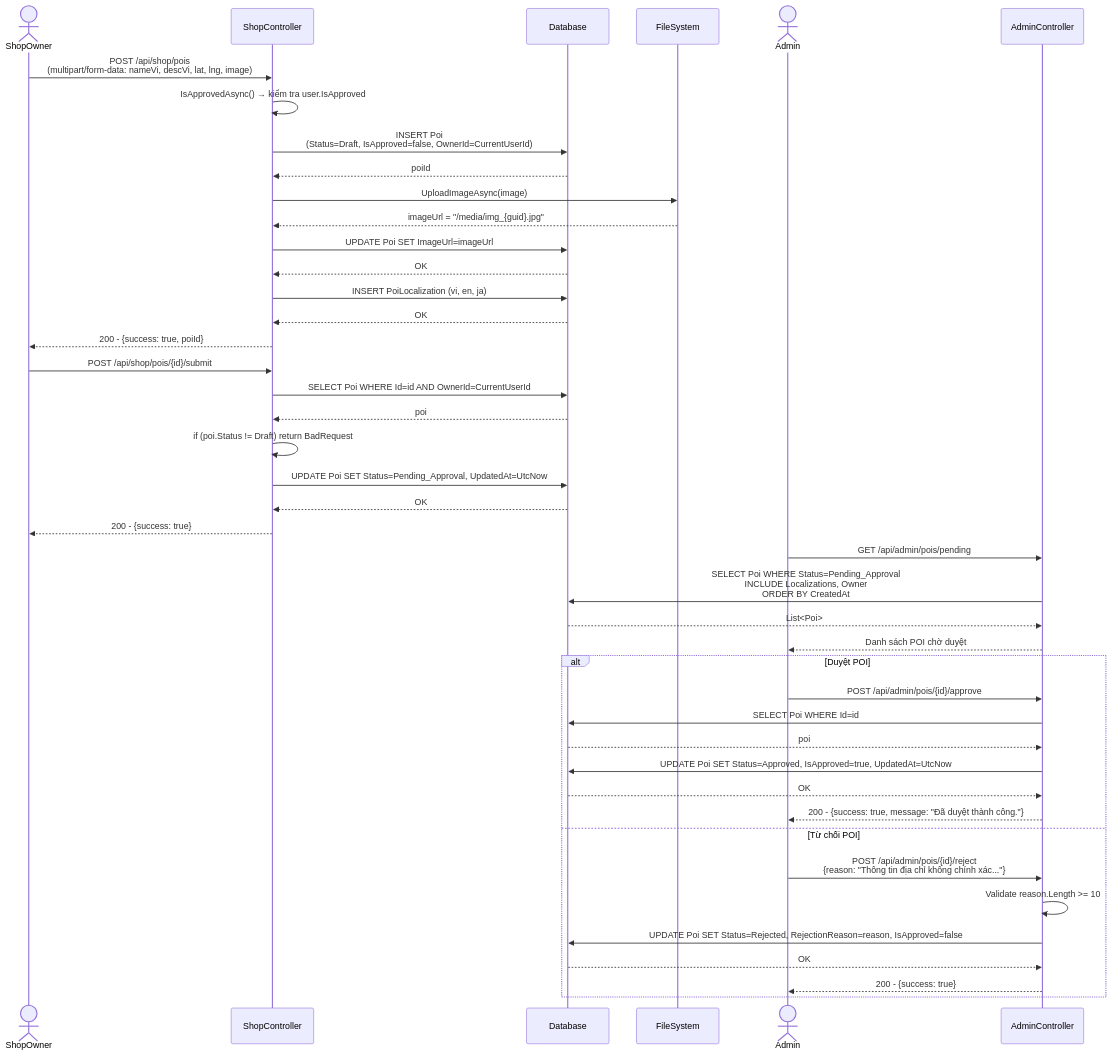
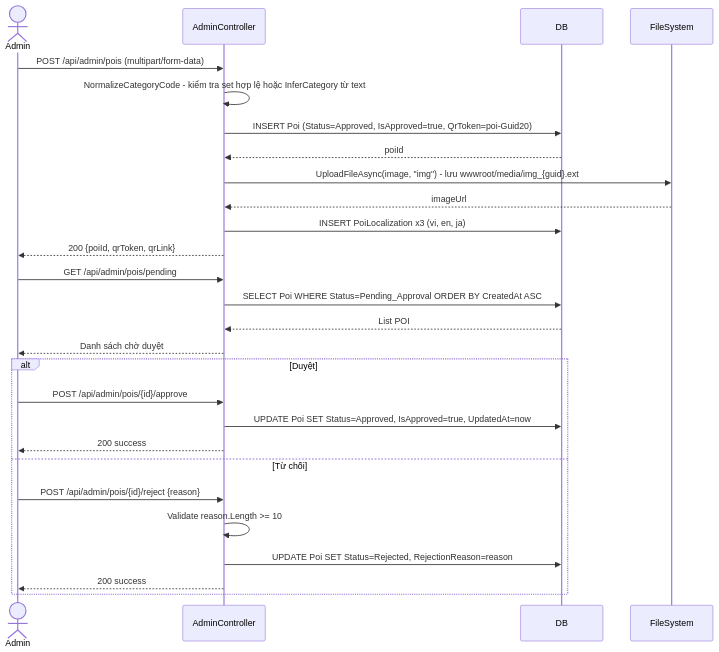
Before and after one commit to phamquyet47204/C-Sharp: the fifth of 16 diagrams in README.md, drawn with Mermaid. The commit also changed other lines of this file, not shown here.

````diff
--- a/README.md
+++ b/README.md
@@ -822,49 +469,32 @@
 ```mermaid
 sequenceDiagram
-  actor ShopOwner
-  participant ShopController
-  participant DB as Database
-  participant FileSystem
   actor Admin
   participant AdminController
+  participant DB
+  participant FileSystem
 
-  ShopOwner->>ShopController: POST /api/shop/pois<br/>(multipart/form-data: nameVi, descVi, lat, lng, image)
-  ShopController->>ShopController: IsApprovedAsync() → kiểm tra user.IsApproved
-  ShopController->>DB: INSERT Poi<br/>(Status=Draft, IsApproved=false, OwnerId=CurrentUserId)
-  DB-->>ShopController: poiId
-  ShopController->>FileSystem: UploadImageAsync(image)
-  FileSystem-->>ShopController: imageUrl = "/media/img_{guid}.jpg"
-  ShopController->>DB: UPDATE Poi SET ImageUrl=imageUrl
-  DB-->>ShopController: OK
-  ShopController->>DB: INSERT PoiLocalization (vi, en, ja)
-  DB-->>ShopController: OK
-  ShopController-->>ShopOwner: 200 - {success: true, poiId}
-
-  ShopOwner->>ShopController: POST /api/shop/pois/{id}/submit
-  ShopController->>DB: SELECT Poi WHERE Id=id AND OwnerId=CurrentUserId
-  DB-->>ShopController: poi
-  ShopController->>ShopController: if (poi.Status != Draft) return BadRequest
-  ShopController->>DB: UPDATE Poi SET Status=Pending_Approval, UpdatedAt=UtcNow
-  DB-->>ShopController: OK
-  ShopController-->>ShopOwner: 200 - {success: true}
+  Admin->>AdminController: POST /api/admin/pois (multipart/form-data)
+  AdminController->>AdminController: NormalizeCategoryCode - kiểm tra set hợp lệ hoặc InferCategory từ text
+  AdminController->>DB: INSERT Poi (Status=Approved, IsApproved=true, QrToken=poi-Guid20)
+  DB-->>AdminController: poiId
+  AdminController->>FileSystem: UploadFileAsync(image, "img") - lưu wwwroot/media/img_{guid}.ext
+  FileSystem-->>AdminController: imageUrl
+  AdminController->>DB: INSERT PoiLocalization x3 (vi, en, ja)
+  AdminController-->>Admin: 200 {poiId, qrToken, qrLink}
 
   Admin->>AdminController: GET /api/admin/pois/pending
-  AdminController->>DB: SELECT Poi WHERE Status=Pending_Approval<br/>INCLUDE Localizations, Owner<br/>ORDER BY CreatedAt
-  DB-->>AdminController: List<Poi>
-  AdminController-->>Admin: Danh sách POI chờ duyệt
+  AdminController->>DB: SELECT Poi WHERE Status=Pending_Approval ORDER BY CreatedAt ASC
+  DB-->>AdminController: List POI
+  AdminController-->>Admin: Danh sách chờ duyệt
 
-  alt Duyệt POI
+  alt Duyệt
     Admin->>AdminController: POST /api/admin/pois/{id}/approve
-    AdminController->>DB: SELECT Poi WHERE Id=id
-    DB-->>AdminController: poi
-    AdminController->>DB: UPDATE Poi SET Status=Approved, IsApproved=true, UpdatedAt=UtcNow
-    DB-->>AdminController: OK
-    AdminController-->>Admin: 200 - {success: true, message: "Đã duyệt thành công."}
-  else Từ chối POI
-    Admin->>AdminController: POST /api/admin/pois/{id}/reject<br/>{reason: "Thông tin địa chỉ không chính xác..."}
+    AdminController->>DB: UPDATE Poi SET Status=Approved, IsApproved=true, UpdatedAt=now
+    AdminController-->>Admin: 200 success
+  else Từ chối
+    Admin->>AdminController: POST /api/admin/pois/{id}/reject {reason}
     AdminController->>AdminController: Validate reason.Length >= 10
-    AdminController->>DB: UPDATE Poi SET Status=Rejected, RejectionReason=reason, IsApproved=false
-    DB-->>AdminController: OK
-    AdminController-->>Admin: 200 - {success: true}
+    AdminController->>DB: UPDATE Poi SET Status=Rejected, RejectionReason=reason
+    AdminController-->>Admin: 200 success
   end
 ```
````
